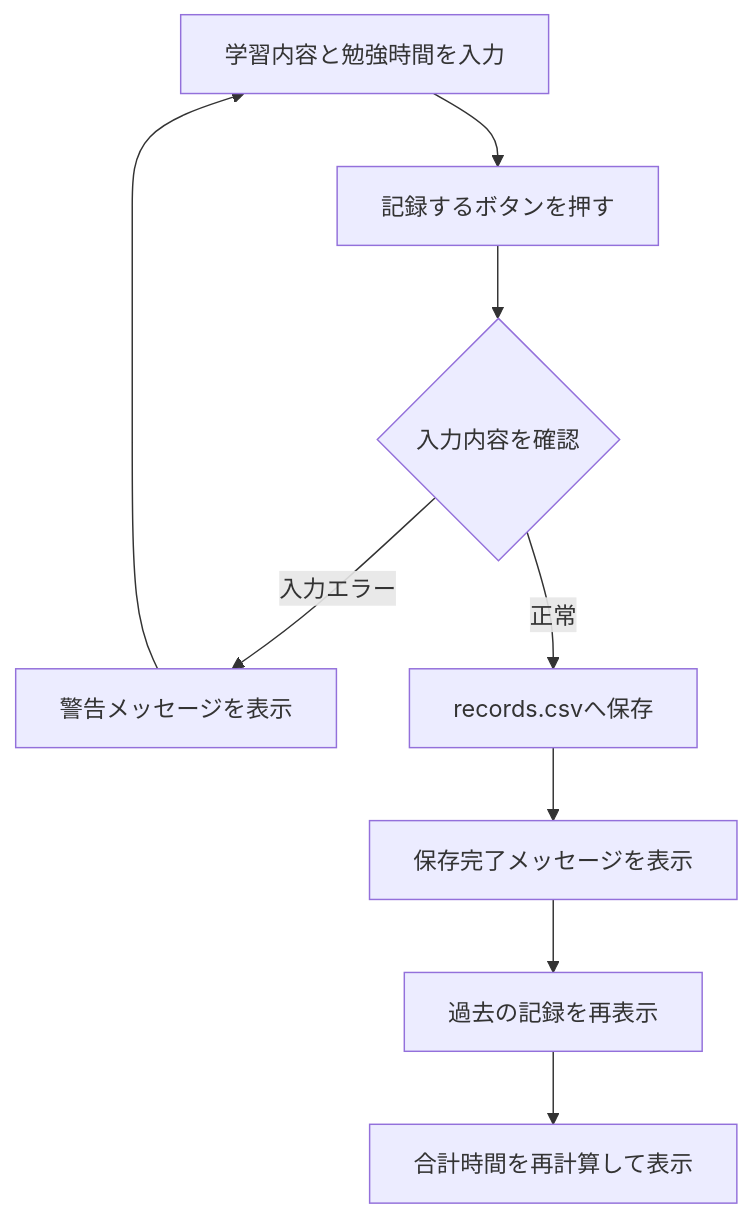
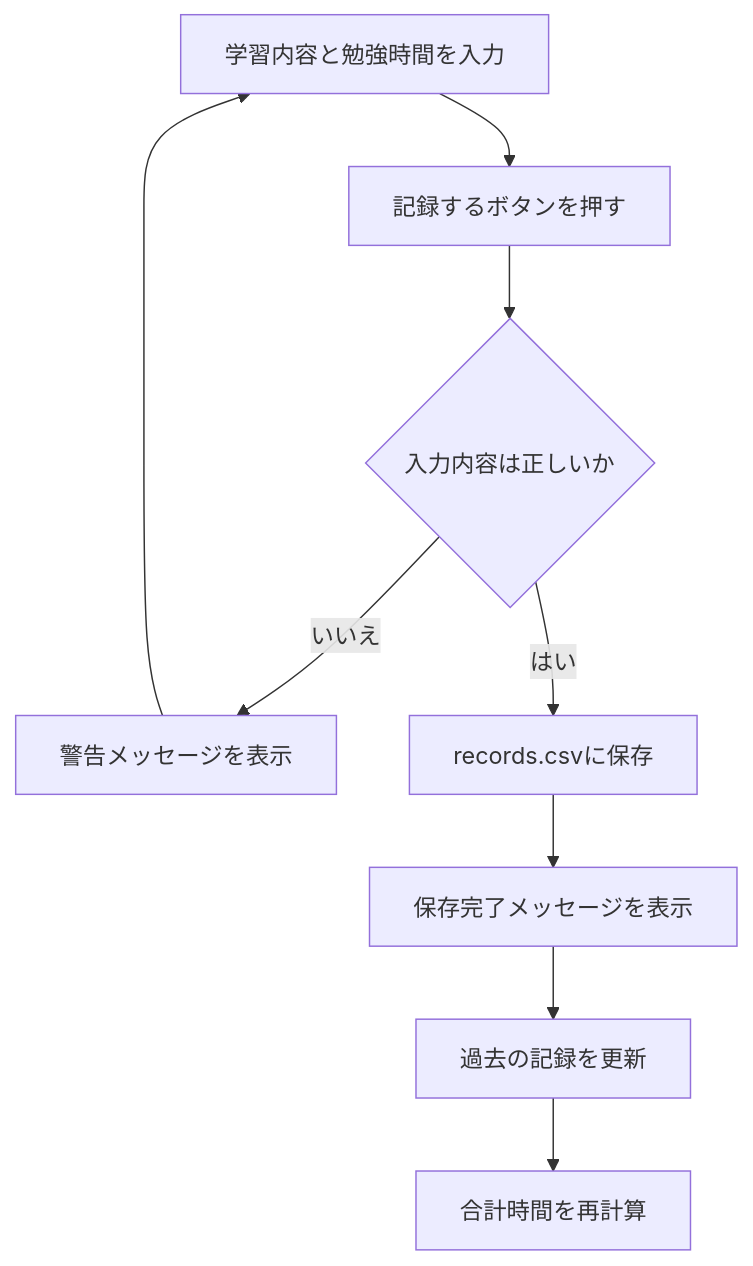
One commit to MITSUKI180407/study-tracker changed the first of 2 diagrams in SPECIFICATION.md. Above: the diagram before and after it, drawn with Mermaid. The commit also changed other lines of this file and 1 other file, not shown here.

````diff
--- a/SPECIFICATION.md
+++ b/SPECIFICATION.md
@@ -327,23 +307,23 @@
 ```mermaid
 flowchart TD
 
 A[学習内容と勉強時間を入力]
 B[記録するボタンを押す]
-C{入力内容を確認}
+C{入力内容は正しいか}
 D[警告メッセージを表示]
-E[records.csvへ保存]
+E[records.csvに保存]
 F[保存完了メッセージを表示]
-G[過去の記録を再表示]
-H[合計時間を再計算して表示]
+G[過去の記録を更新]
+H[合計時間を再計算]
 
 A --> B
 B --> C
 
-C -- 入力エラー --> D
+C -- いいえ --> D
 D --> A
 
-C -- 正常 --> E
+C -- はい --> E
 E --> F
 F --> G
 G --> H
 ```
````
